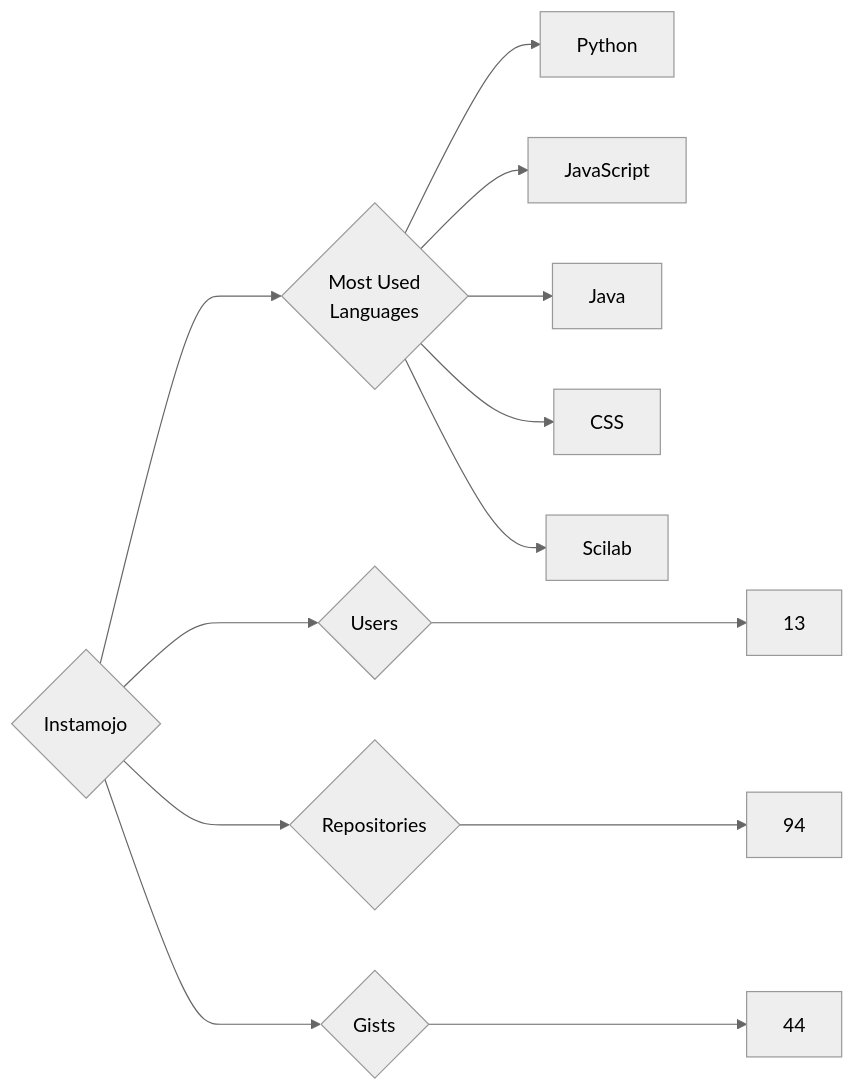
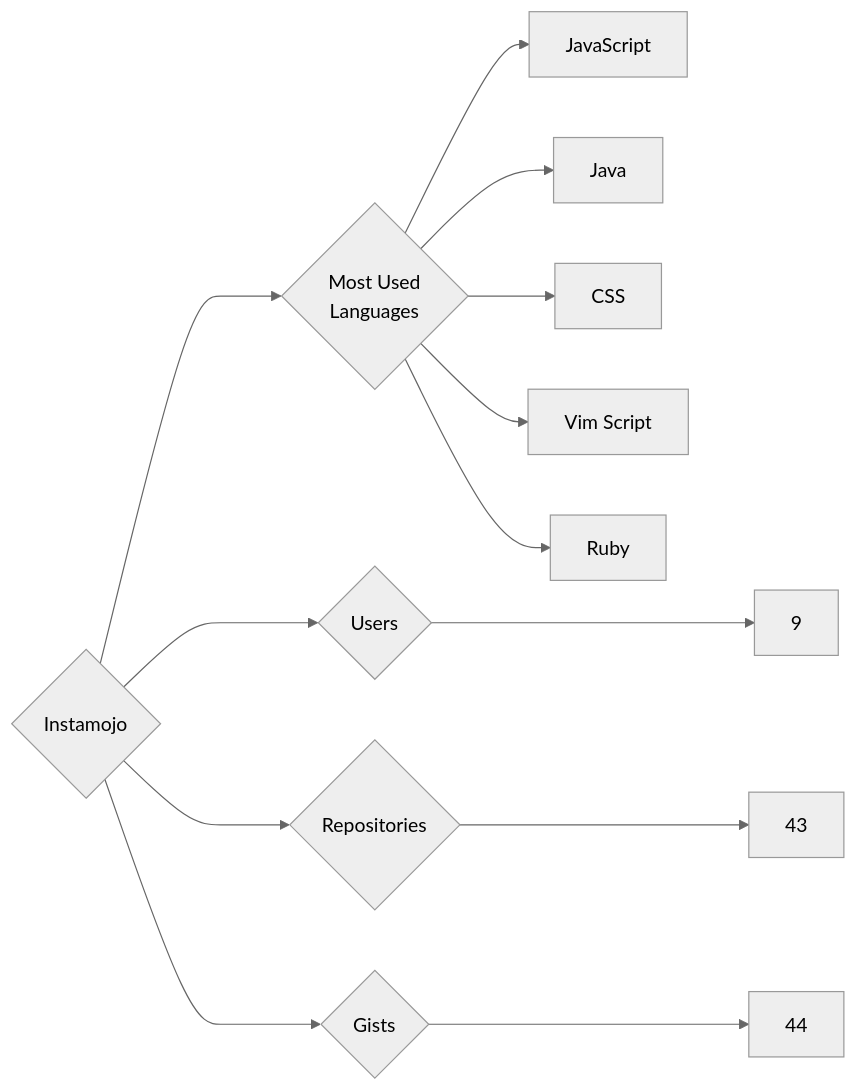
Before and after one commit to trickest/insiders: the diagram in targets/Instamojo/README.md, drawn with Mermaid (neutral theme). The commit also changed 934 other files, not shown here.

````diff
--- a/targets/Instamojo/README.md
+++ b/targets/Instamojo/README.md
@@ -3,13 +3,13 @@
 ```mermaid
 graph LR
 COMPANY_NAME{Instamojo}
-COMPANY_NAME ---> U{Users} ---> UN[13]
-COMPANY_NAME ---> R{Repositories} ---> RN[94]
+COMPANY_NAME ---> U{Users} ---> UN[9]
+COMPANY_NAME ---> R{Repositories} ---> RN[43]
 COMPANY_NAME ---> G{Gists} ---> GN[44]
 COMPANY_NAME ---> ML{Most Used<br>Languages}
-ML --> Python[Python]
 ML --> JavaScript[JavaScript]
 ML --> Java[Java]
 ML --> CSS[CSS]
-ML --> Scilab[Scilab]
+ML --> Vim_Script[Vim Script]
+ML --> Ruby[Ruby]
 ```
````
